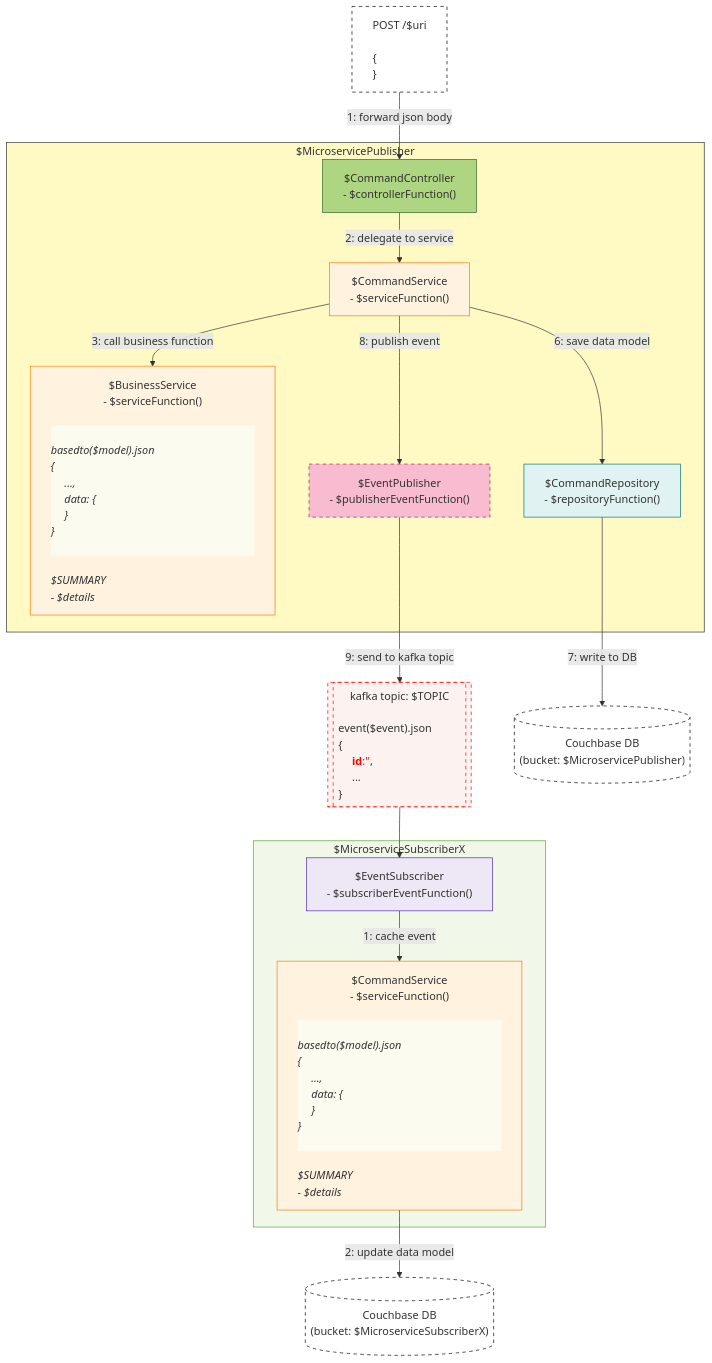
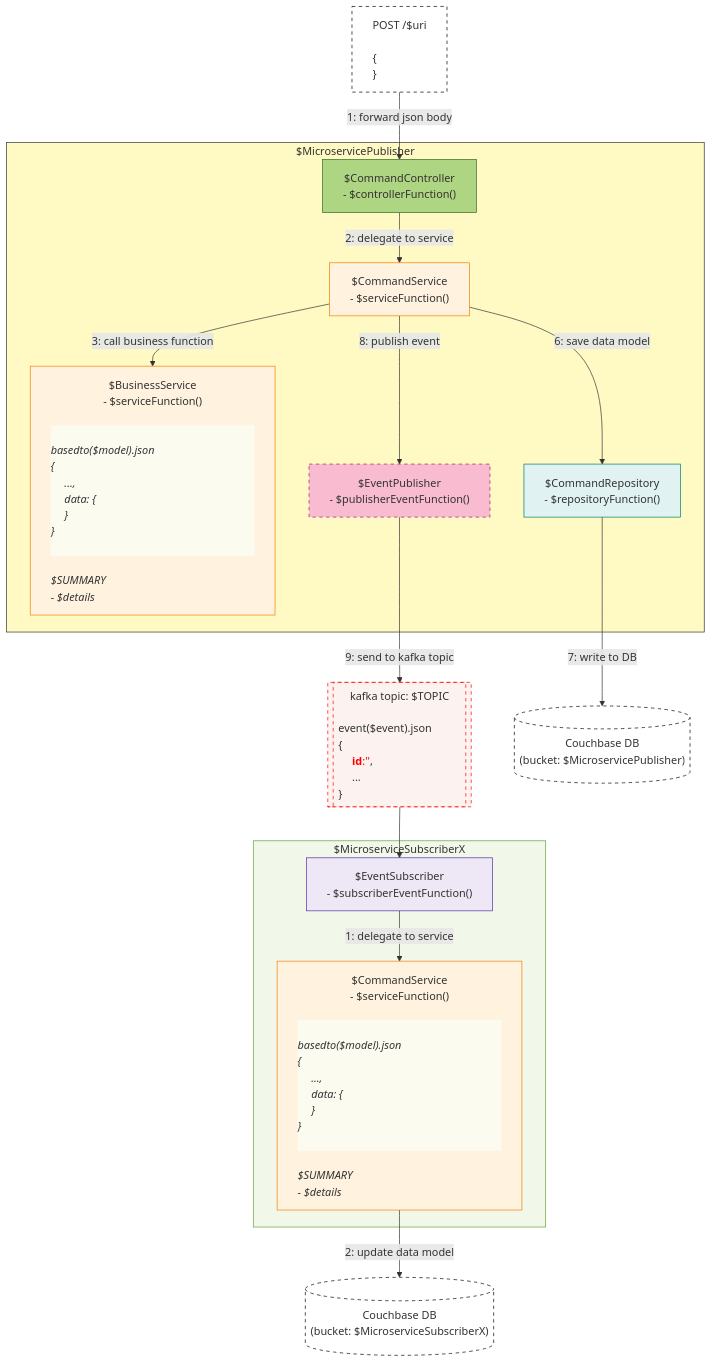
Before and after one commit to aakashkumar1980/apps-microservices: the diagram in _readme_assets/template.mmd, drawn with Mermaid. The commit also changed 4 other files, not shown here.

```diff
--- a/_readme_assets/template.mmd
+++ b/_readme_assets/template.mmd
@@ -1,102 +1,102 @@
 %%{ init: { "flowchart": { "htmlLabels": true, "wrappingWidth": 500 } } }%%
 flowchart TD
 
 %% %%%%%%%%%%%%%%%%%%%%% %%
 %% MicroservicePublisher %%
 %% %%%%%%%%%%%%%%%%%%%%% %%
 POSTMAN["POST /$uri
   <div style='text-align: left'>
     {
     }
   </div>
 "]:::external
 
 subgraph $MicroservicePublisher
 style $MicroservicePublisher fill:#FFF9C4,stroke:#333,stroke-width:1px
   MPCC["$CommandController<br> - $controllerFunction()"]:::controller
   MPCS["$CommandService<br> - $serviceFunction()"]:::service
 
   MPBS["$BusinessService<br> - $serviceFunction()
     <div style='text-align:left; font-style: italic;'>
       <div style='background-color:rgb(252, 251, 240); width:300px;'>
         basedto($model).json
         {
           #emsp; ...,
           #emsp; data: {
           #emsp; }
         }<br>
       </div>
       $SUMMARY
       - $details
     </div>
   "]:::service
 
   MPCR["$CommandRepository<br> - $repositoryFunction()"]:::repository
   MPEP["$EventPublisher<br> - $publisherEventFunction()"]:::event
 end
 
 KAFKA[["kafka topic: $TOPIC
   <div style='text-align:left; background-color:#fcf3f0; width:180px;'>
     event($event).json
     {
       #emsp; <font color=red><b>id</b>:''</font>,
       #emsp; ...
     }
   </div>
 "]]:::kafka
 
 CHBMP[("Couchbase DB<br>(bucket: $MicroservicePublisher)")]:::db
 
 %% Flow Steps (Main Command Flow)
 POSTMAN -->|1: forward json body | MPCC
 MPCC -->|2: delegate to service| MPCS
 MPCS -->|3: call business function| MPBS
 MPCS -->|6: save data model| MPCR
 MPCR -->|7: write to DB| CHBMP
 MPCS -->|8: publish event| MPEP
 MPEP -->|9: send to kafka topic| KAFKA
 
 
 %% %%%%%%%%%%%%%%%%%%%%%%% %%
 %% MicroserviceSubscriberX %%
 %% %%%%%%%%%%%%%%%%%%%%%%% %%
 subgraph $MicroserviceSubscriberX
 style $MicroserviceSubscriberX fill:#F1F8E9,stroke:#689F38,stroke-width:1px
   MSES["$EventSubscriber<br> - $subscriberEventFunction()"]:::subscriber
 
   MSCS["$CommandService<br> - $serviceFunction()
     <div style='text-align:left; font-style: italic;'>
       <div style='background-color:rgb(252, 251, 240); width:300px;'>
         basedto($model).json
         {
           #emsp; ...,
           #emsp; data: {
           #emsp; }
         }<br>
       </div>
       $SUMMARY
       - $details
     </div>
   "]:::service
 end
 
 CHBMSX[("Couchbase DB<br>(bucket: $MicroserviceSubscriberX)")]:::db
 
 %% Flow Steps (SubscribersX Flow)
 KAFKA --> MSES
-MSES -->|1: cache event| MSCS
+MSES -->|1: delegate to service| MSCS
 MSCS -->|2: update data model| CHBMSX
 
 
 
 %% $$$$$$$ $$
 %% Styling %%
 %% $$$$$$$ $$
 classDef controller fill:#AED581,stroke:#33691E,stroke-width:1px;
 classDef service fill:#FFF3E0,stroke:#F57C00,stroke-width:1px;
 classDef repository fill:#E0F2F1,stroke:#00796B,stroke-width:1px;
 classDef event fill:#F8BBD0,stroke:#AD1457,stroke-width:1px,stroke-dasharray: 5 5;
 classDef subscriber fill:#EDE7F6,stroke:#512DA8,stroke-width:1px;
 classDef external fill:#FFFFFF,stroke:#000,stroke-width:1px,stroke-dasharray: 5 5;
 classDef kafka fill:#fcf3f0,stroke:red,stroke-width:1px,stroke-dasharray: 5 5;
 classDef db fill:#FFFFFF,stroke:#000,stroke-width:1px,stroke-dasharray: 5 5;
```
